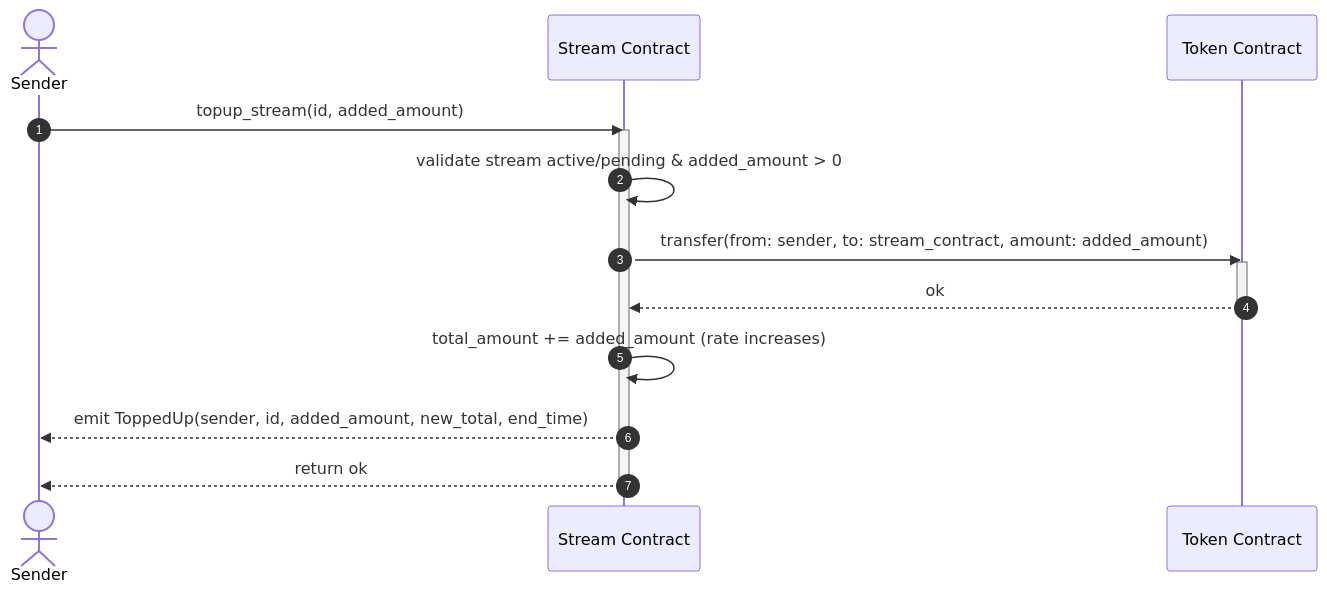
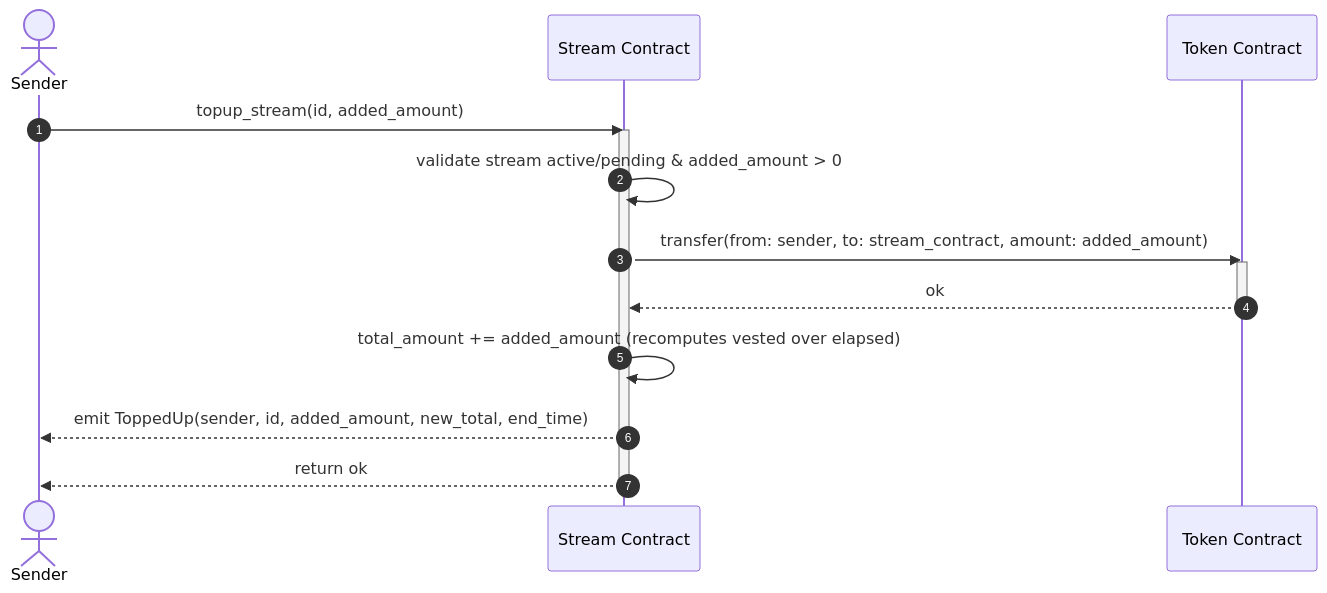
Before and after one commit to TricklePay/tricklepay-contracts: the fourth of 5 diagrams in README.md, drawn with Mermaid. The commit also changed other lines of this file and 1 other file, not shown here.

Commit message:
feat(docs): Document the retroactive vested jump after a top-up in the README (#698)

````diff
--- a/README.md
+++ b/README.md
@@ -194,19 +194,19 @@
 ```mermaid
 sequenceDiagram
     autonumber
     actor Sender
     participant StreamContract as Stream Contract
     participant TokenContract as Token Contract
 
     Sender->>StreamContract: topup_stream(id, added_amount)
     activate StreamContract
     StreamContract->>StreamContract: validate stream active/pending & added_amount > 0
     StreamContract->>TokenContract: transfer(from: sender, to: stream_contract, amount: added_amount)
     activate TokenContract
     TokenContract-->>StreamContract: ok
     deactivate TokenContract
-    StreamContract->>StreamContract: total_amount += added_amount (rate increases)
+    StreamContract->>StreamContract: total_amount += added_amount (recomputes vested over elapsed)
     StreamContract-->>Sender: emit ToppedUp(sender, id, added_amount, new_total, end_time)
     StreamContract-->>Sender: return ok
     deactivate StreamContract
 ```
````
